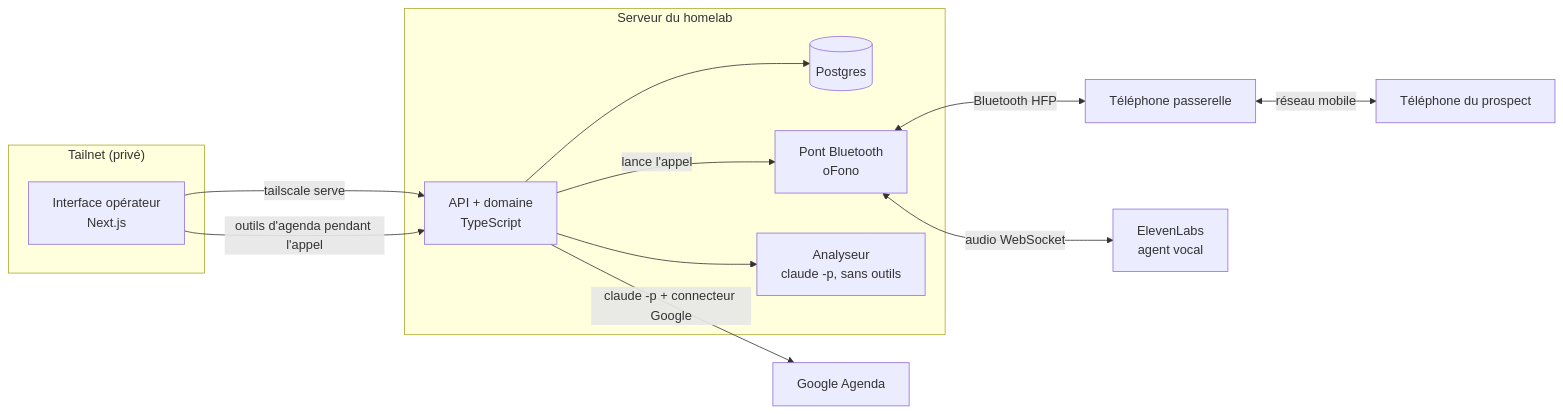
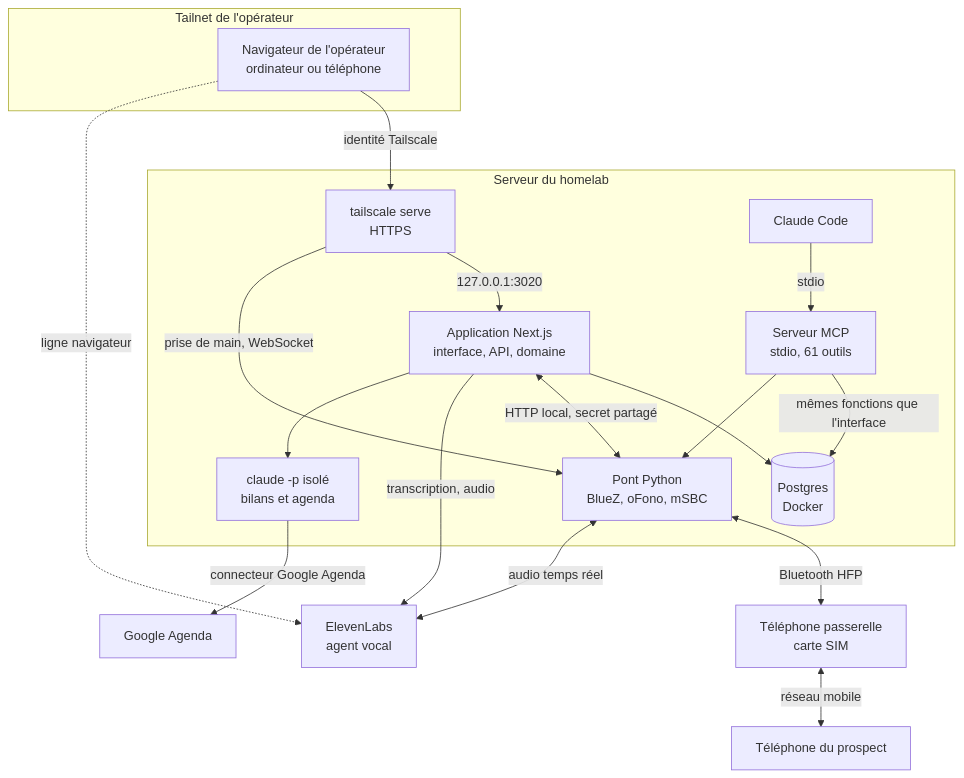
The first of 2 diagrams in README.md (Tibxla/autocalled), drawn with Mermaid before and after one commit. The commit also changed other lines of this file, not shown here.

First line of the commit message:
docs(readme): README complet de vitrine, avec captures, architecture et mise en service

````diff
--- a/README.md
+++ b/README.md
@@ -45,28 +234,37 @@
 ```mermaid
-flowchart LR
-    subgraph Tailnet["Tailnet (privé)"]
-        UI["Interface opérateur<br/>Next.js"]
+flowchart TB
+    subgraph tailnet["Tailnet de l'opérateur"]
+        Nav["Navigateur de l'opérateur<br/>ordinateur ou téléphone"]
     end
 
-    subgraph Serveur["Serveur du homelab"]
-        API["API + domaine<br/>TypeScript"]
-        DB[("Postgres")]
-        Bridge["Pont Bluetooth<br/>oFono"]
-        Analyseur["Analyseur<br/>claude -p, sans outils"]
+    subgraph serveur["Serveur du homelab"]
+        TS["tailscale serve<br/>HTTPS"]
+        Web["Application Next.js<br/>interface, API, domaine"]
+        DB[("Postgres<br/>Docker")]
+        Pont["Pont Python<br/>BlueZ, oFono, mSBC"]
+        Ana["claude -p isolé<br/>bilans et agenda"]
+        CC["Claude Code"]
+        MCP["Serveur MCP<br/>stdio, 61 outils"]
     end
 
-    Phone["Téléphone passerelle"]
-    Prospect["Téléphone du prospect"]
+    Tel["Téléphone passerelle<br/>carte SIM"]
+    Pro["Téléphone du prospect"]
     EL["ElevenLabs<br/>agent vocal"]
-    GCal["Google Agenda"]
+    GC["Google Agenda"]
 
-    UI -->|tailscale serve| API
-    API --> DB
-    API -->|lance l'appel| Bridge
-    Bridge <-->|Bluetooth HFP| Phone
-    Phone <-->|réseau mobile| Prospect
-    Bridge <-->|audio WebSocket| EL
-    UI -->|outils d'agenda pendant l'appel| API
-    API -->|claude -p + connecteur Google| GCal
-    API --> Analyseur
+    Nav -->|"identité Tailscale"| TS
+    TS -->|"127.0.0.1:3020"| Web
+    TS -->|"prise de main, WebSocket"| Pont
+    Web --> DB
+    Web <-->|"HTTP local, secret partagé"| Pont
+    Pont <-->|"Bluetooth HFP"| Tel
+    Tel <-->|"réseau mobile"| Pro
+    Pont <-->|"audio temps réel"| EL
+    Nav -.->|"ligne navigateur"| EL
+    Web -->|"transcription, audio"| EL
+    Web --> Ana
+    Ana -->|"connecteur Google Agenda"| GC
+    CC -->|"stdio"| MCP
+    MCP -->|"mêmes fonctions que l'interface"| DB
+    MCP --> Pont
 ```
````
